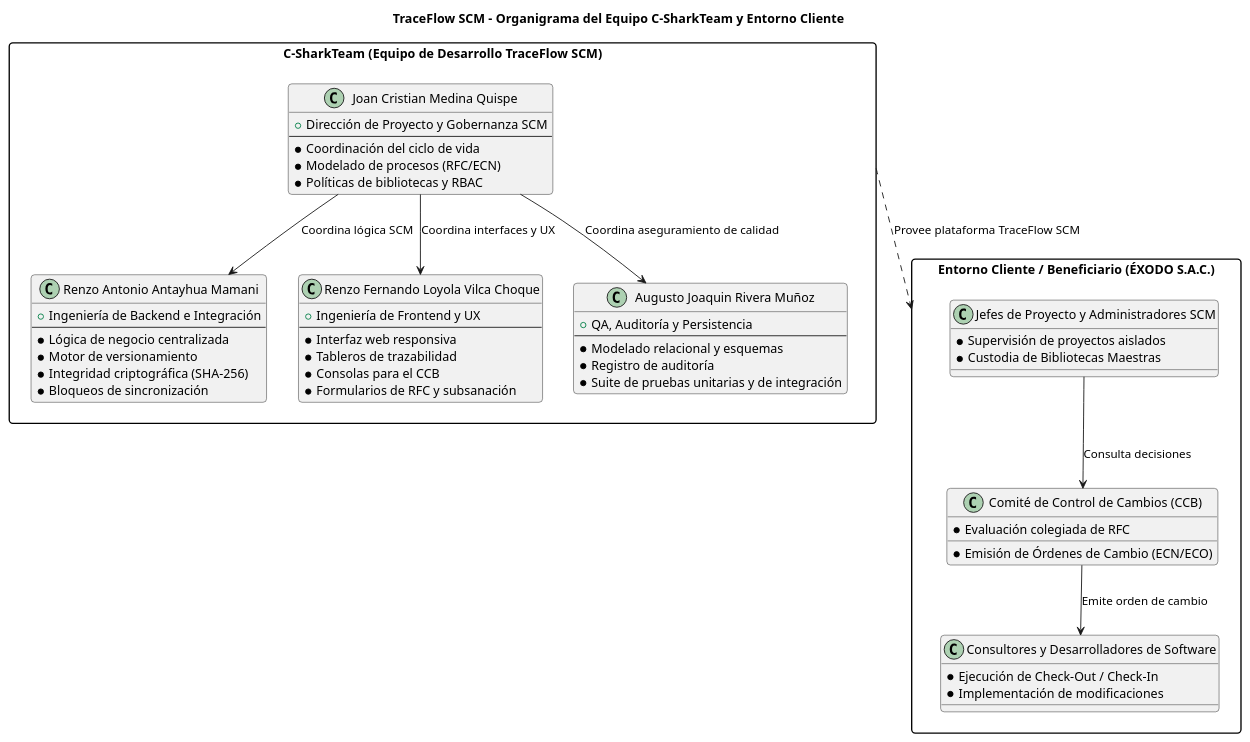
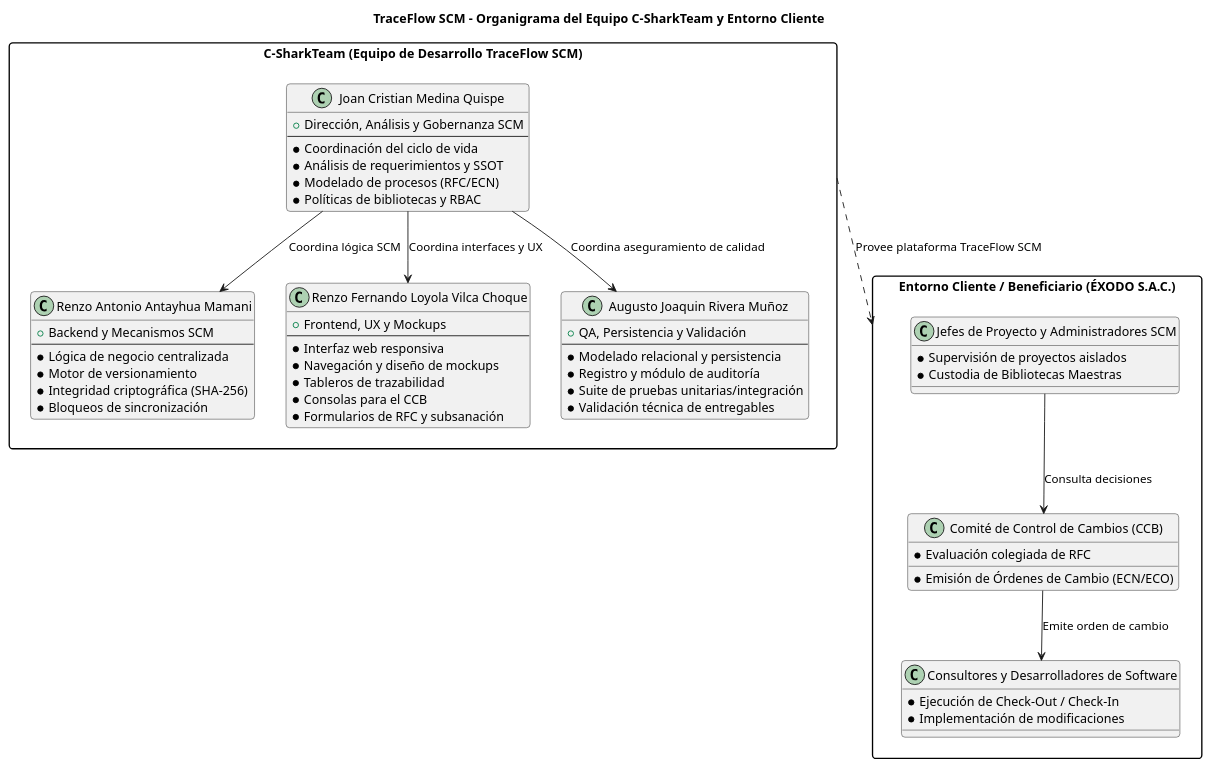
One commit to JMedina255/TraceFlow changed the first of 41 diagrams in FD03-EPIS-Informe_SRS.md. Above: the diagram before and after it, drawn with PlantUML. The commit also changed other lines of this file and 5 other files, not shown here.

````diff
--- a/FD03-EPIS-Informe_SRS.md
+++ b/FD03-EPIS-Informe_SRS.md
@@ -182,72 +182,75 @@
 ```plantuml
 @startuml
 skinparam shadowing false
 skinparam roundcorner 8
 skinparam defaultFontName Arial
 skinparam packageStyle rectangle
 
 title <b>TraceFlow SCM - Organigrama del Equipo C-SharkTeam y Entorno Cliente</b>
 
 package "C-SharkTeam (Equipo de Desarrollo TraceFlow SCM)" as DEV {
     class "Joan Cristian Medina Quispe" as JCM {
-        + Dirección de Proyecto y Gobernanza SCM
+        + Dirección, Análisis y Gobernanza SCM
         --
         * Coordinación del ciclo de vida
+        * Análisis de requerimientos y SSOT
         * Modelado de procesos (RFC/ECN)
         * Políticas de bibliotecas y RBAC
     }
 
     class "Renzo Antonio Antayhua Mamani" as RAA {
-        + Ingeniería de Backend e Integración
+        + Backend y Mecanismos SCM
         --
         * Lógica de negocio centralizada
         * Motor de versionamiento
         * Integridad criptográfica (SHA-256)
         * Bloqueos de sincronización
     }
 
     class "Renzo Fernando Loyola Vilca Choque" as RFL {
-        + Ingeniería de Frontend y UX
+        + Frontend, UX y Mockups
         --
         * Interfaz web responsiva
+        * Navegación y diseño de mockups
         * Tableros de trazabilidad
         * Consolas para el CCB
         * Formularios de RFC y subsanación
     }
 
     class "Augusto Joaquin Rivera Muñoz" as AJR {
-        + QA, Auditoría y Persistencia
+        + QA, Persistencia y Validación
         --
-        * Modelado relacional y esquemas
-        * Registro de auditoría
-        * Suite de pruebas unitarias y de integración
+        * Modelado relacional y persistencia
+        * Registro y módulo de auditoría
+        * Suite de pruebas unitarias/integración
+        * Validación técnica de entregables
     }
 
     JCM --> RAA : Coordina lógica SCM
     JCM --> RFL : Coordina interfaces y UX
     JCM --> AJR : Coordina aseguramiento de calidad
 }
 
 package "Entorno Cliente / Beneficiario (ÉXODO S.A.C.)" as CLIENT {
     class "Jefes de Proyecto y Administradores SCM" as ADM {
         * Supervisión de proyectos aislados
         * Custodia de Bibliotecas Maestras
     }
 
     class "Comité de Control de Cambios (CCB)" as CCB {
         * Evaluación colegiada de RFC
         * Emisión de Órdenes de Cambio (ECN/ECO)
     }
 
     class "Consultores y Desarrolladores de Software" as DEV_CLI {
         * Ejecución de Check-Out / Check-In
         * Implementación de modificaciones
     }
 
     ADM --> CCB : Consulta decisiones
     CCB --> DEV_CLI : Emite orden de cambio
 }
 
 DEV ..> CLIENT : Provee plataforma TraceFlow SCM
 @enduml
 ```
````
